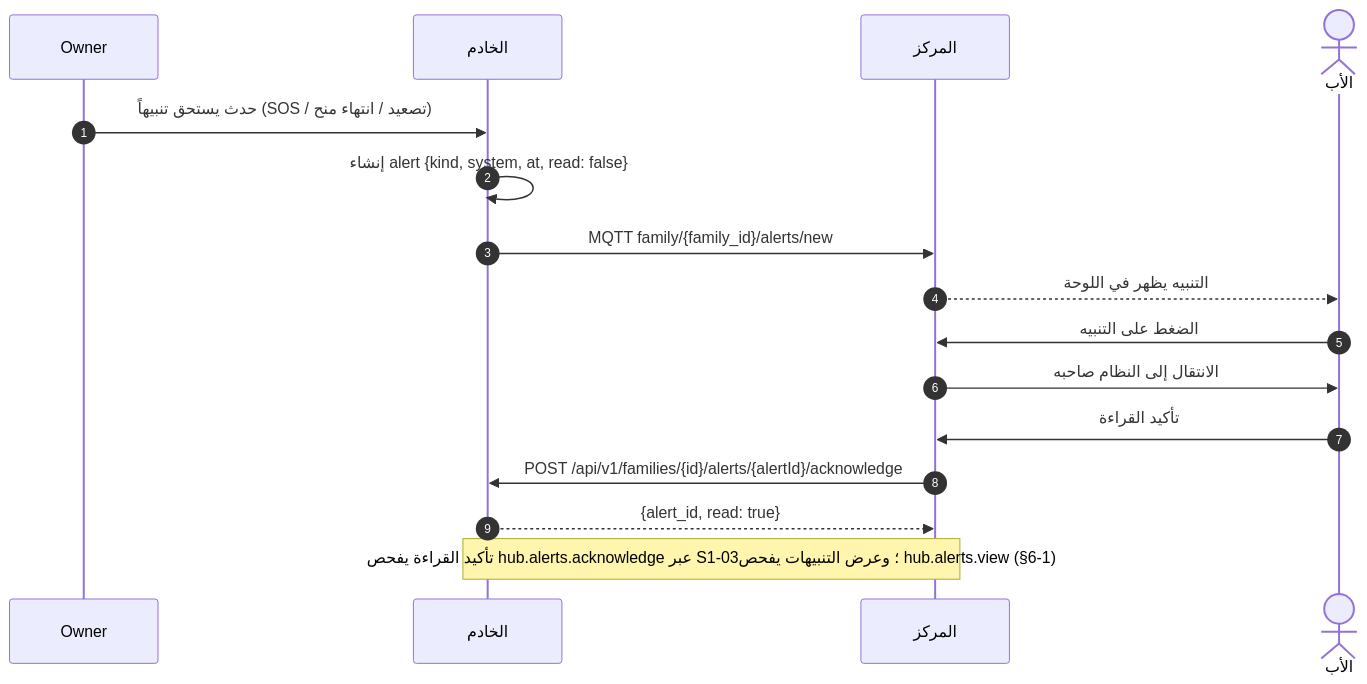
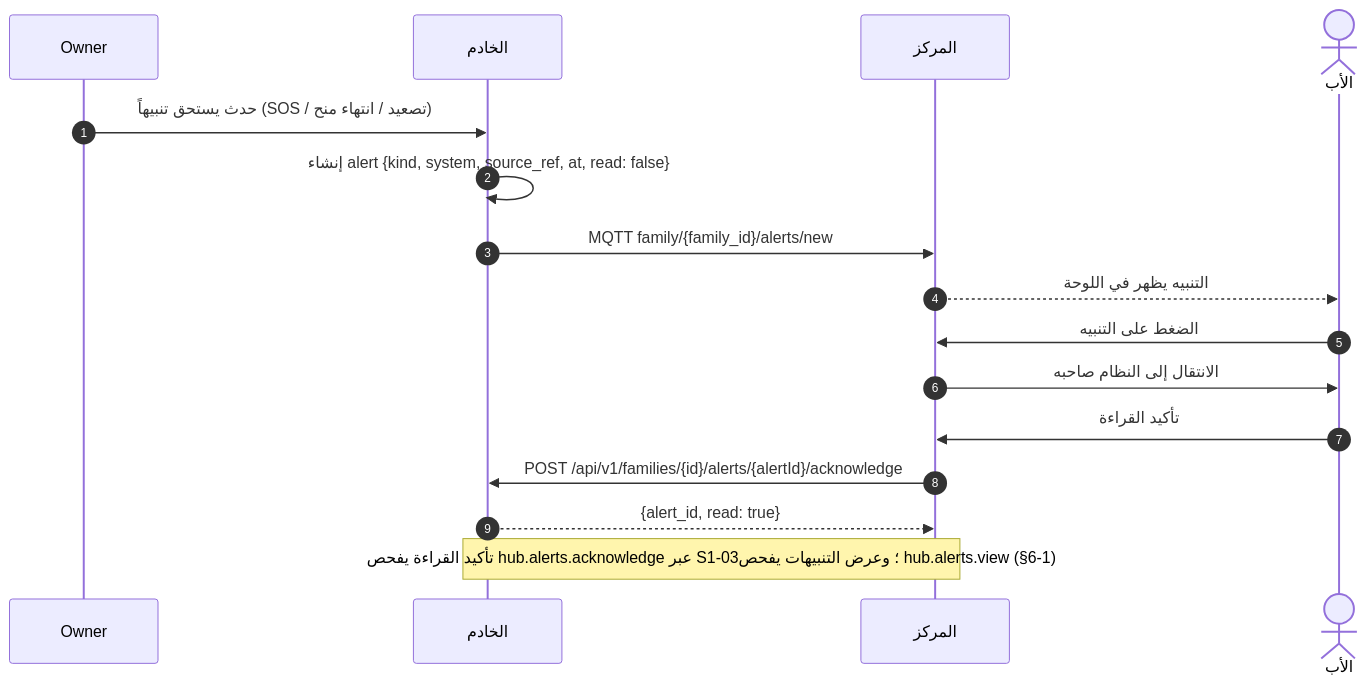
One commit to Bassam-mohammed-alqaeadi/family-os-v2 changed the fifth of 12 diagrams in docs/family-os/governance/phases/phase-1/S1-09-command-center-and-settings/DIAGRAMS.md. Above: the diagram before and after it, drawn with Mermaid. The commit also changed other lines of this file and 3 other files, not shown here.

````diff
--- a/docs/family-os/governance/phases/phase-1/S1-09-command-center-and-settings/DIAGRAMS.md
+++ b/docs/family-os/governance/phases/phase-1/S1-09-command-center-and-settings/DIAGRAMS.md
@@ -236,18 +241,18 @@
 ```mermaid
 sequenceDiagram
     autonumber
     participant النظام as Owner
     participant Ktor as الخادم
     participant Hub as المركز
     actor Father as الأب
     النظام->>Ktor: حدث يستحق تنبيهاً (SOS / تصعيد / انتهاء منح)
-    Ktor->>Ktor: إنشاء alert {kind, system, at, read: false}
+    Ktor->>Ktor: إنشاء alert {kind, system, source_ref, at, read: false}
     Ktor->>Hub: MQTT family/{family_id}/alerts/new
     Hub-->>Father: التنبيه يظهر في اللوحة
     Father->>Hub: الضغط على التنبيه
     Hub->>Father: الانتقال إلى النظام صاحبه
     Father->>Hub: تأكيد القراءة
     Hub->>Ktor: POST /api/v1/families/{id}/alerts/{alertId}/acknowledge
     Ktor-->>Hub: {alert_id, read: true}
     Note over Hub,Ktor: تأكيد القراءة يفحص hub.alerts.acknowledge عبر S1-03؛ وعرض التنبيهات يفحص hub.alerts.view (§6-1)
 ```
````
